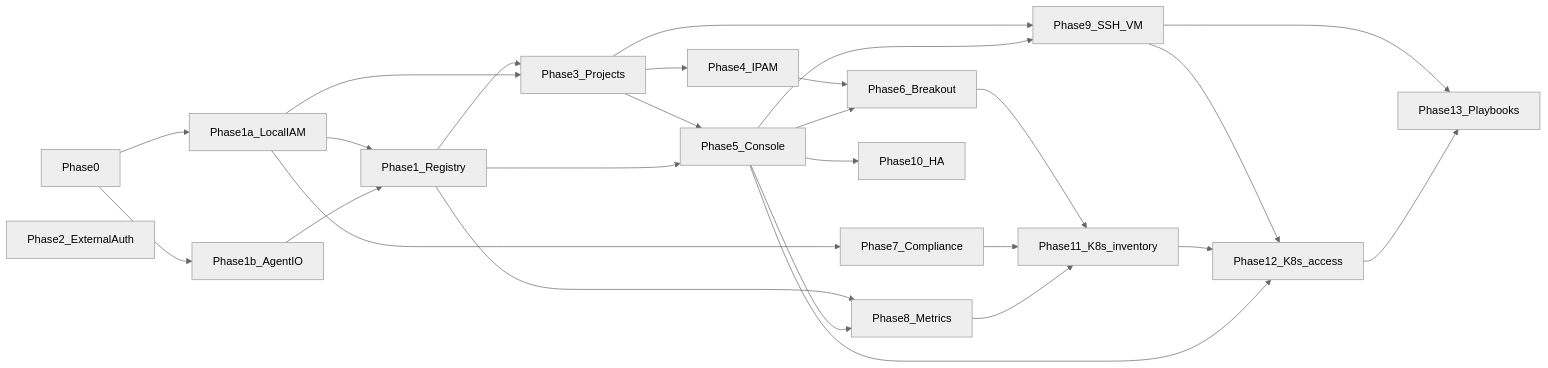
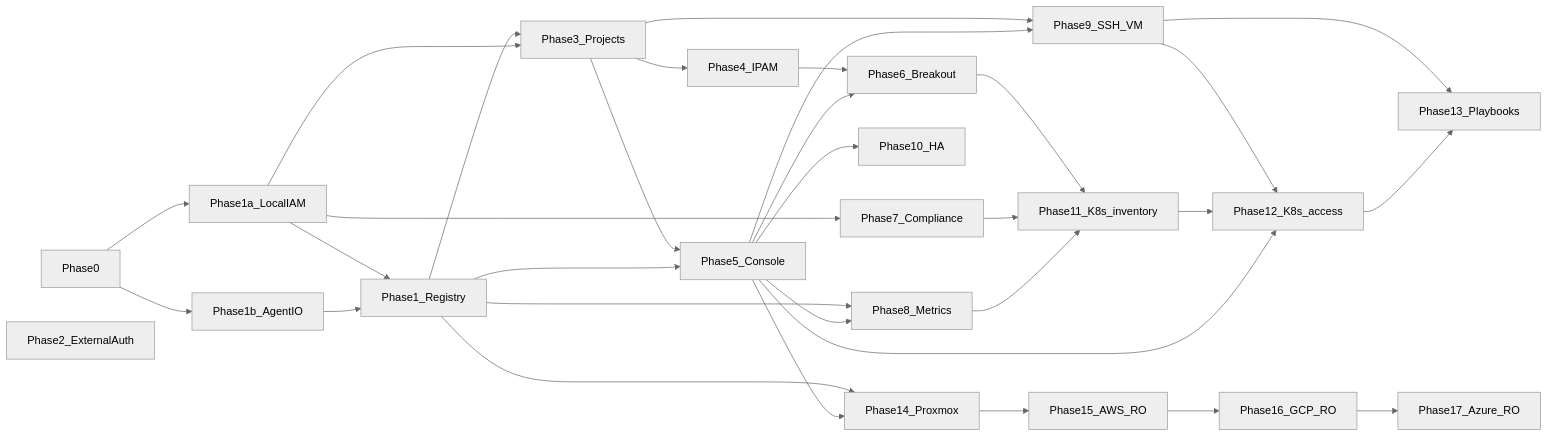
The fifth of 5 diagrams in docs/PHASED_PLAN.md (imrekaposi-elastic/huygens), drawn with Mermaid (neutral theme) before and after one commit. The commit also changed other lines of this file and 15 other files, not shown here.

````diff
--- a/docs/PHASED_PLAN.md
+++ b/docs/PHASED_PLAN.md
@@ -495,36 +534,41 @@
 ```mermaid
 flowchart LR
   P0[Phase0]
   P1a[Phase1a_LocalIAM]
   P1b[Phase1b_AgentIO]
   P1[Phase1_Registry]
   P2[Phase2_ExternalAuth]
   P3[Phase3_Projects]
   P4[Phase4_IPAM]
   P5[Phase5_Console]
   P0 --> P1a
   P0 --> P1b
   P1a --> P1
   P1b --> P1
   P1 --> P3
   P1a --> P3
   P3 --> P4
   P3 --> P5
   P1 --> P5
   P4 --> P6[Phase6_Breakout]
   P5 --> P6
   P1a --> P7[Phase7_Compliance]
   P1 --> P8[Phase8_Metrics]
   P5 --> P8
   P3 --> P9[Phase9_SSH_VM]
   P5 --> P9
   P5 --> P10[Phase10_HA]
   P6 --> P11[Phase11_K8s_inventory]
   P7 --> P11
   P8 --> P11
   P9 --> P12[Phase12_K8s_access]
   P11 --> P12
   P5 --> P12
   P9 --> P13[Phase13_Playbooks]
   P12 --> P13
+  P1 --> P14[Phase14_Proxmox]
+  P5 --> P14
+  P14 --> P15[Phase15_AWS_RO]
+  P15 --> P16[Phase16_GCP_RO]
+  P16 --> P17[Phase17_Azure_RO]
 ```
````
